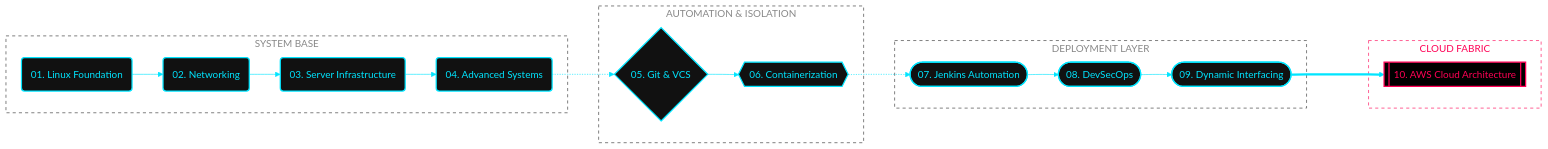
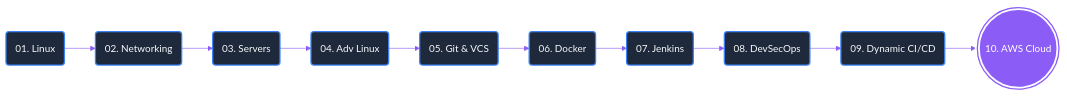
One commit to hridyen/DevOps-Survival-Roadmap changed the second of 2 diagrams in README.md. Above: the diagram before and after it, drawn with Mermaid. The commit also changed other lines of this file, not shown here.

````diff
--- a/README.md
+++ b/README.md
@@ -85,44 +89,20 @@
 ```mermaid
-%%{init: {'theme': 'base', 'themeVariables': { 'primaryColor': '#111111', 'primaryTextColor': '#00E5FF', 'primaryBorderColor': '#00E5FF', 'lineColor': '#00E5FF', 'fontFamily': 'monospace'}}}%%
+%%{init: {'theme': 'base', 'themeVariables': { 'primaryColor': '#1E293B', 'primaryTextColor': '#FFFFFF', 'primaryBorderColor': '#3B82F6', 'lineColor': '#8B5CF6', 'fontFamily': 'sans-serif'}}}%%
 flowchart LR
-    subgraph L1 [SYSTEM BASE]
-        A(01. Linux Foundation)
-        B(02. Networking)
-        C(03. Server Infrastructure)
-        D(04. Advanced Systems)
-    end
+    A(01. Linux) --> B(02. Networking)
+    B --> C(03. Servers)
+    C --> D(04. Adv Linux)
     
-    subgraph L2 [AUTOMATION & ISOLATION]
-        E{05. Git & VCS}
-        F{{06. Containerization}}
-    end
+    D --> E(05. Git & VCS)
+    E --> F(06. Docker)
+    F --> G(07. Jenkins)
     
-    subgraph L3 [DEPLOYMENT LAYER]
-        G([07. Jenkins Automation])
-        H([08. DevSecOps])
-        I([09. Dynamic Interfacing])
-    end
+    G --> H(08. DevSecOps)
+    H --> I(09. Dynamic CI/CD)
+    I --> J(((10. AWS Cloud)))
 
-    subgraph L4 [CLOUD FABRIC]
-        J[[10. AWS Cloud Architecture]]
-    end
-
-    A --> B --> C --> D
-    D -.-> E
-    E --> F
-    F -.-> G
-    G --> H --> I
-    I ===> J
-
-    classDef default fill:#0A0A0A,stroke:#333333,stroke-width:1px,color:#FFFFFF,rx:5px,ry:5px;
-    classDef phase fill:#111111,stroke:#00E5FF,stroke-width:2px,color:#00E5FF,rx:5px,ry:5px;
-    classDef active fill:#000000,stroke:#FF0055,stroke-width:2px,color:#FF0055,rx:5px,ry:5px;
+    classDef default fill:#1E293B,stroke:#3B82F6,stroke-width:2px,color:#F8FAFC,rx:5px,ry:5px;
+    classDef active fill:#8B5CF6,stroke:#FFFFFF,stroke-width:3px,color:#FFFFFF,rx:5px,ry:5px;
     
-    class A,B,C,D,E,F,G,H,I phase;
     class J active;
-    
-    style L1 fill:transparent,stroke:#333,stroke-dasharray: 5 5,color:#888
-    style L2 fill:transparent,stroke:#333,stroke-dasharray: 5 5,color:#888
-    style L3 fill:transparent,stroke:#333,stroke-dasharray: 5 5,color:#888
-    style L4 fill:transparent,stroke:#FF0055,stroke-dasharray: 5 5,color:#FF0055
 ```
````
